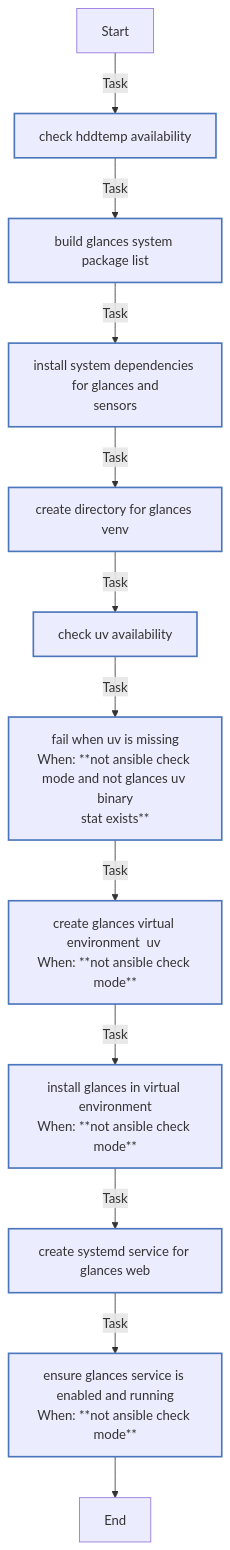
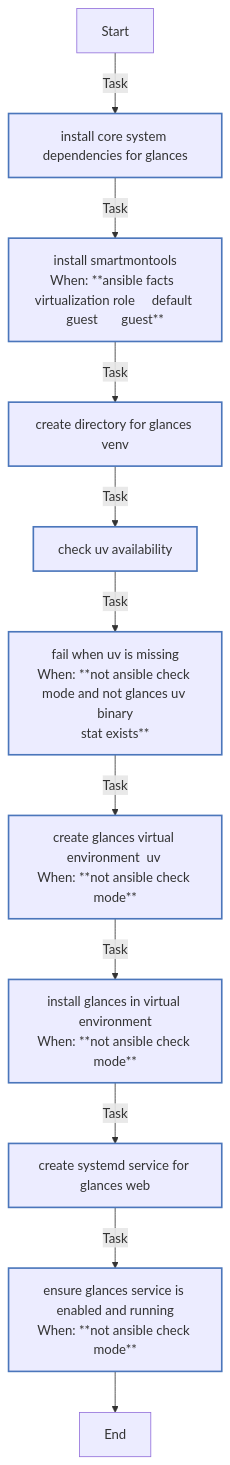
Before and after one commit to rou-cru/k3s-homelab: the diagram in roles/glances/README.md, drawn with Mermaid. The commit also changed other lines of this file and 26 other files, not shown here.

````diff
--- a/roles/glances/README.md
+++ b/roles/glances/README.md
@@ -154,24 +153,23 @@
 ```mermaid
 flowchart TD
 Start
 classDef block stroke:#3498db,stroke-width:2px;
 classDef task stroke:#4b76bb,stroke-width:2px;
 classDef includeTasks stroke:#16a085,stroke-width:2px;
 classDef importTasks stroke:#34495e,stroke-width:2px;
 classDef includeRole stroke:#2980b9,stroke-width:2px;
 classDef importRole stroke:#699ba7,stroke-width:2px;
 classDef includeVars stroke:#8e44ad,stroke-width:2px;
 classDef rescue stroke:#665352,stroke-width:2px;
 
-  Start-->|Task| Check_hddtemp_availability0[check hddtemp availability]:::task
-  Check_hddtemp_availability0-->|Task| Build_Glances_system_package_list1[build glances system package list]:::task
-  Build_Glances_system_package_list1-->|Task| Install_system_dependencies_for_Glances_and_sensors2[install system dependencies for glances and<br>sensors]:::task
-  Install_system_dependencies_for_Glances_and_sensors2-->|Task| Create_directory_for_Glances_venv3[create directory for glances venv]:::task
-  Create_directory_for_Glances_venv3-->|Task| Check_uv_availability4[check uv availability]:::task
-  Check_uv_availability4-->|Task| Fail_when_uv_is_missing5[fail when uv is missing<br>When: **not ansible check mode and not glances uv binary<br>stat exists**]:::task
-  Fail_when_uv_is_missing5-->|Task| Create_Glances_virtual_environment__uv_6[create glances virtual environment  uv <br>When: **not ansible check mode**]:::task
-  Create_Glances_virtual_environment__uv_6-->|Task| Install_Glances_in_virtual_environment7[install glances in virtual environment<br>When: **not ansible check mode**]:::task
-  Install_Glances_in_virtual_environment7-->|Task| Create_Systemd_service_for_Glances_Web8[create systemd service for glances web]:::task
-  Create_Systemd_service_for_Glances_Web8-->|Task| Ensure_Glances_service_is_enabled_and_running9[ensure glances service is enabled and running<br>When: **not ansible check mode**]:::task
-  Ensure_Glances_service_is_enabled_and_running9-->End
+  Start-->|Task| Install_core_system_dependencies_for_Glances0[install core system dependencies for glances]:::task
+  Install_core_system_dependencies_for_Glances0-->|Task| Install_smartmontools1[install smartmontools<br>When: **ansible facts  virtualization role     default <br>guest       guest**]:::task
+  Install_smartmontools1-->|Task| Create_directory_for_Glances_venv2[create directory for glances venv]:::task
+  Create_directory_for_Glances_venv2-->|Task| Check_uv_availability3[check uv availability]:::task
+  Check_uv_availability3-->|Task| Fail_when_uv_is_missing4[fail when uv is missing<br>When: **not ansible check mode and not glances uv binary<br>stat exists**]:::task
+  Fail_when_uv_is_missing4-->|Task| Create_Glances_virtual_environment__uv_5[create glances virtual environment  uv <br>When: **not ansible check mode**]:::task
+  Create_Glances_virtual_environment__uv_5-->|Task| Install_Glances_in_virtual_environment6[install glances in virtual environment<br>When: **not ansible check mode**]:::task
+  Install_Glances_in_virtual_environment6-->|Task| Create_Systemd_service_for_Glances_Web7[create systemd service for glances web]:::task
+  Create_Systemd_service_for_Glances_Web7-->|Task| Ensure_Glances_service_is_enabled_and_running8[ensure glances service is enabled and running<br>When: **not ansible check mode**]:::task
+  Ensure_Glances_service_is_enabled_and_running8-->End
 ```
````
